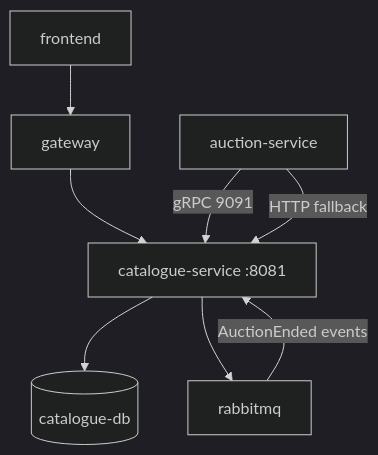
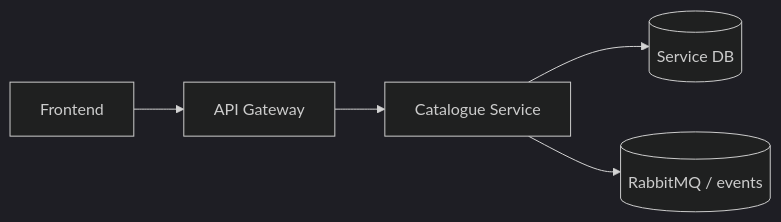
One commit to advprog-2026-A17-project/bidmart-catalogue-service changed the diagram in docs/3. Software Architecture.md. Above: the diagram before and after it, drawn with Mermaid (dark theme). The commit also changed other lines of this file and 23 other files, not shown here.

````diff
--- a/docs/3. Software Architecture.md
+++ b/docs/3. Software Architecture.md
@@ -5,10 +13,7 @@
 ```mermaid
-flowchart TB
-  GW[gateway] --> CAT[catalogue-service :8081]
-  CAT --> CDB[(catalogue-db)]
-  CAT --> RMQ[rabbitmq]
-  AUC[auction-service] -->|gRPC 9091| CAT
-  AUC -->|HTTP fallback| CAT
-  RMQ -->|AuctionEnded events| CAT
-  FE[frontend] --> GW
+flowchart LR
+  FE[Frontend] --> GW[API Gateway]
+  GW --> S[Catalogue Service]
+  S --> DB[(Service DB)]
+  S --> MQ[(RabbitMQ / events)]
 ```
````
